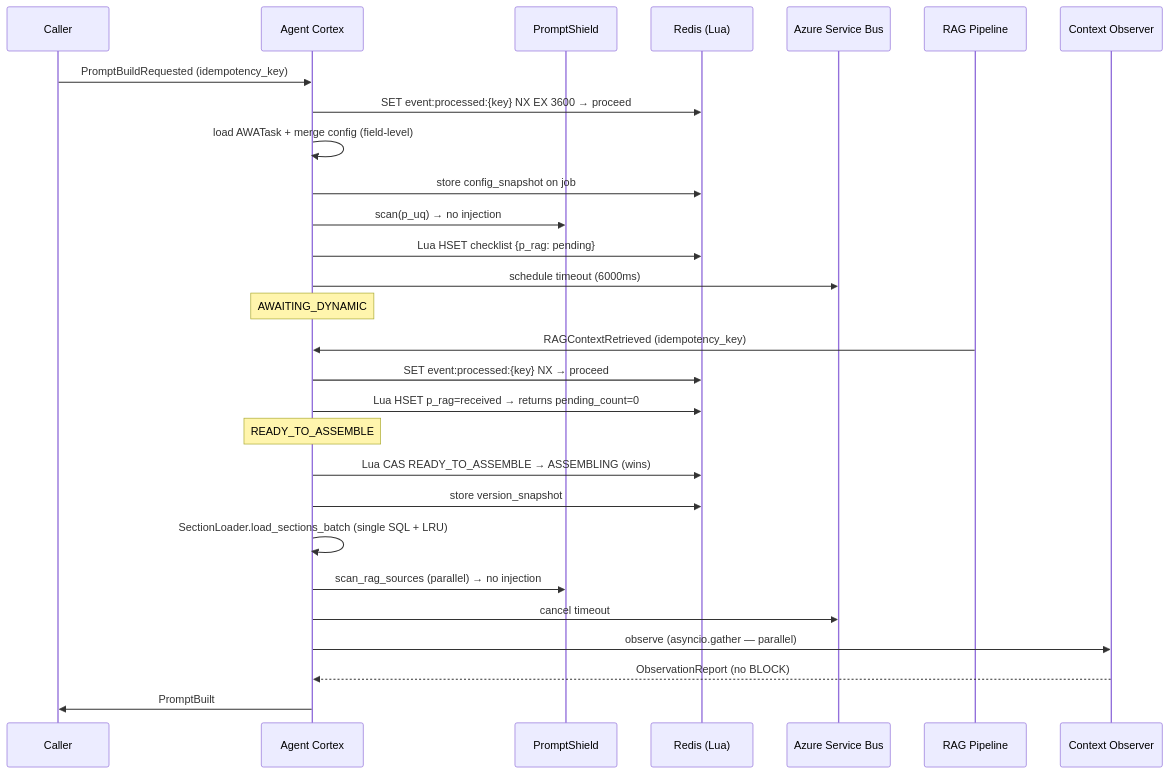
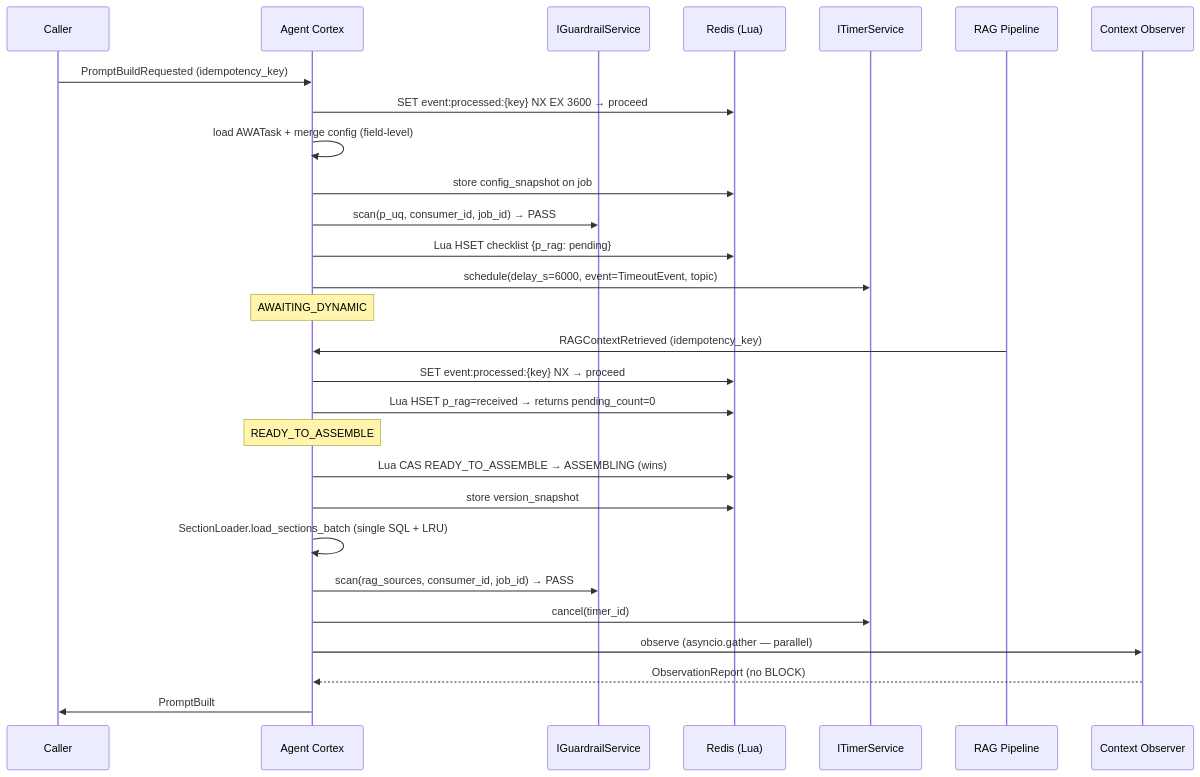
One commit to Siddharth2908/Prompt_Builder changed the fourth of 5 diagrams in AWA_Agent_Cortex_TDD.md. Above: the diagram before and after it, drawn with Mermaid. The commit also changed other lines of this file, not shown here.

````diff
--- a/AWA_Agent_Cortex_TDD.md
+++ b/AWA_Agent_Cortex_TDD.md
@@ -1715,33 +1768,37 @@
 ```mermaid
 sequenceDiagram
+    %% Participants are shown as port interfaces; concrete implementations
+    %% (e.g. AzureServiceBusTimerAdapter, AzureContentSafetyGuardrailAdapter)
+    %% are resolved by container.py at startup based on the active deployment profile.
+
     participant C  as Caller
     participant AC as Agent Cortex
-    participant PS as PromptShield
+    participant GS as IGuardrailService
     participant R  as Redis (Lua)
-    participant SB as Azure Service Bus
+    participant TM as ITimerService
     participant RP as RAG Pipeline
     participant CO as Context Observer
 
     C  ->> AC : PromptBuildRequested (idempotency_key)
     AC ->> R  : SET event:processed:{key} NX EX 3600 → proceed
     AC ->> AC : load AWATask + merge config (field-level)
     AC ->> R  : store config_snapshot on job
-    AC ->> PS : scan(p_uq) → no injection
+    AC ->> GS : scan(p_uq, consumer_id, job_id) → PASS
     AC ->> R  : Lua HSET checklist {p_rag: pending}
-    AC ->> SB : schedule timeout (6000ms)
+    AC ->> TM : schedule(delay_s=6000, event=TimeoutEvent, topic)
     Note over AC: AWAITING_DYNAMIC
 
     RP ->> AC : RAGContextRetrieved (idempotency_key)
     AC ->> R  : SET event:processed:{key} NX → proceed
     AC ->> R  : Lua HSET p_rag=received → returns pending_count=0
     Note over AC: READY_TO_ASSEMBLE
 
     AC ->> R  : Lua CAS READY_TO_ASSEMBLE → ASSEMBLING (wins)
     AC ->> R  : store version_snapshot
     AC ->> AC : SectionLoader.load_sections_batch (single SQL + LRU)
-    AC ->> PS : scan_rag_sources (parallel) → no injection
-    AC ->> SB : cancel timeout
+    AC ->> GS : scan(rag_sources, consumer_id, job_id) → PASS
+    AC ->> TM : cancel(timer_id)
     AC ->> CO : observe (asyncio.gather — parallel)
     CO -->> AC : ObservationReport (no BLOCK)
     AC ->> C  : PromptBuilt
 ```
````
